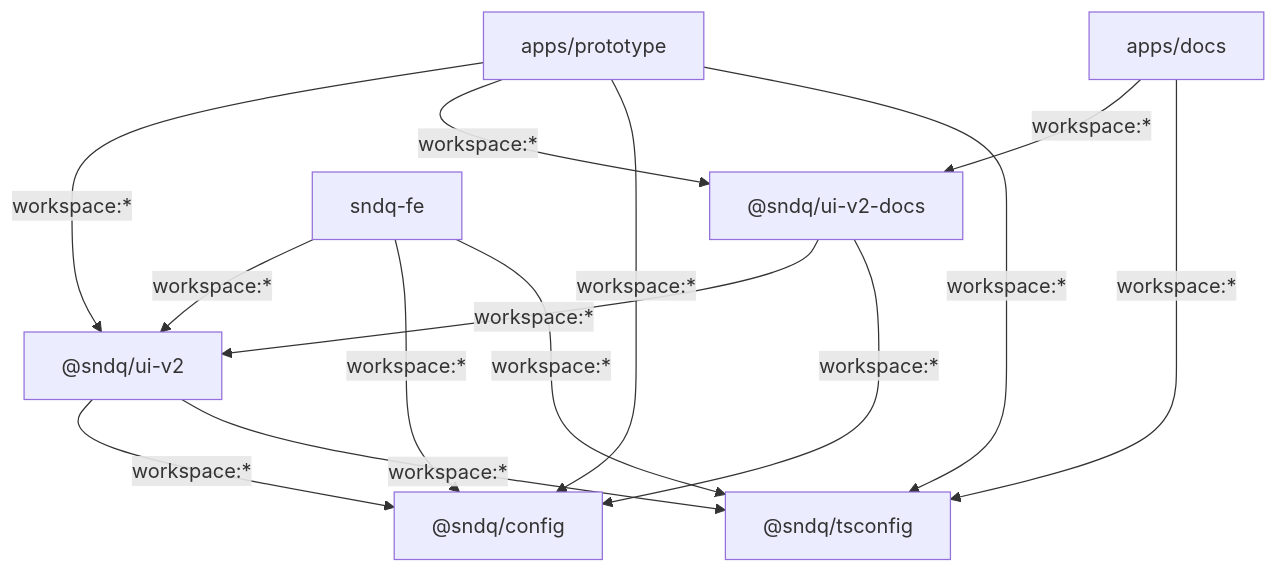
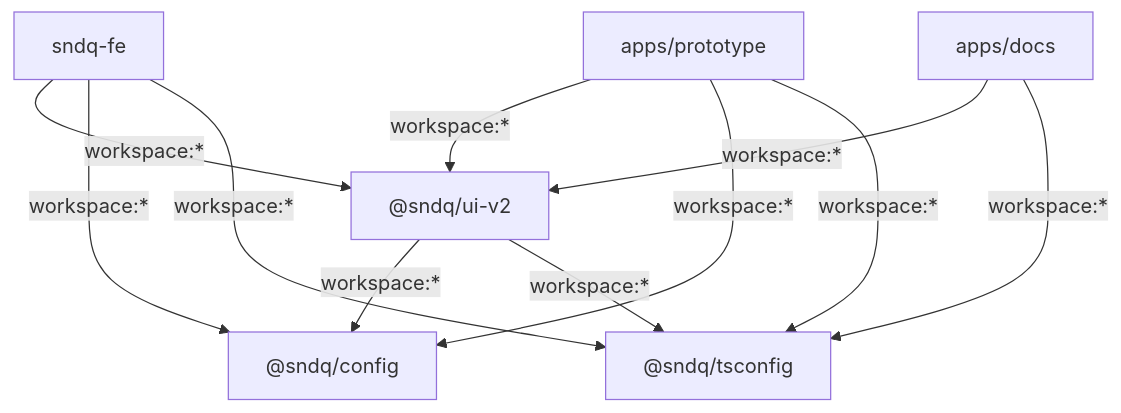
Before and after one commit to duy-ndhk51/research: the first of 2 diagrams in 12-sndq/frontend/restructure/monorepo-ui-design-system/README.md, drawn with Mermaid. The commit also changed other lines of this file and 4 other files, not shown here.

Commit message:
docs: remove shared docs  package approaches between docs + prototype app

````diff
--- a/12-sndq/frontend/restructure/monorepo-ui-design-system/README.md
+++ b/12-sndq/frontend/restructure/monorepo-ui-design-system/README.md
@@ -649,24 +616,20 @@
 ```mermaid
 graph TD
     tsconfig["@sndq/tsconfig"]
     config["@sndq/config"]
     uiv2["@sndq/ui-v2"]
-    docs_pkg["@sndq/ui-v2-docs"]
     web["sndq-fe"]
     prototype["apps/prototype"]
     docs_app["apps/docs"]
 
     uiv2 -->|"workspace:*"| config
-    docs_pkg -->|"workspace:*"| uiv2
-    docs_pkg -->|"workspace:*"| config
     web -->|"workspace:*"| uiv2
     web -->|"workspace:*"| config
     web -->|"workspace:*"| tsconfig
     prototype -->|"workspace:*"| uiv2
-    prototype -->|"workspace:*"| docs_pkg
     prototype -->|"workspace:*"| config
     prototype -->|"workspace:*"| tsconfig
-    docs_app -->|"workspace:*"| docs_pkg
+    docs_app -->|"workspace:*"| uiv2
     docs_app -->|"workspace:*"| tsconfig
     uiv2 -->|"workspace:*"| tsconfig
 ```
````
